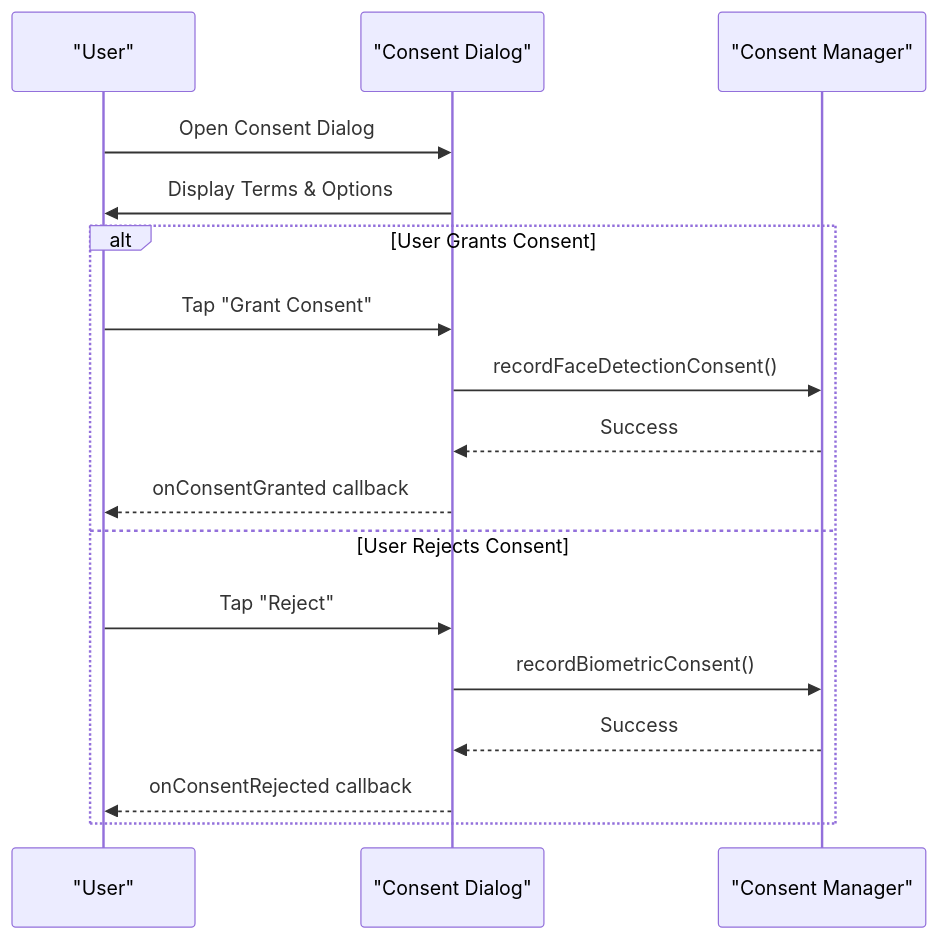
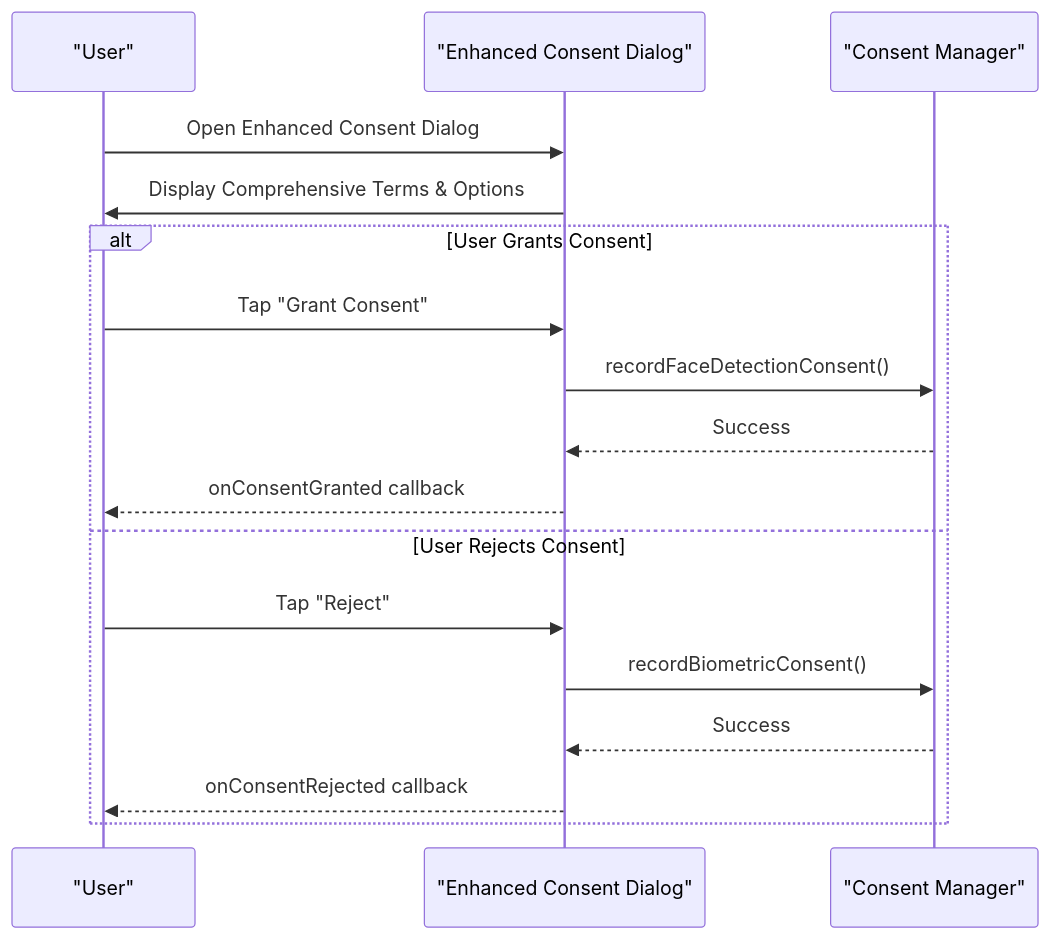
The tenth of 13 diagrams in .qoder/repowiki/en/content/Testing Strategy.md (JAaron93/StyleSync), drawn with Mermaid before and after one commit. The commit also changed other lines of this file and 36 other files, not shown here.

````diff
--- a/.qoder/repowiki/en/content/Testing Strategy.md
+++ b/.qoder/repowiki/en/content/Testing Strategy.md
@@ -397,19 +447,19 @@
 ```mermaid
 sequenceDiagram
 participant U as "User"
-participant D as "Consent Dialog"
+participant D as "Enhanced Consent Dialog"
 participant M as "Consent Manager"
-U->>D : Open Consent Dialog
-D->>U : Display Terms & Options
+U->>D : Open Enhanced Consent Dialog
+D->>U : Display Comprehensive Terms & Options
 alt User Grants Consent
 U->>D : Tap "Grant Consent"
 D->>M : recordFaceDetectionConsent()
 M-->>D : Success
 D-->>U : onConsentGranted callback
 else User Rejects Consent
 U->>D : Tap "Reject"
 D->>M : recordBiometricConsent()
 M-->>D : Success
 D-->>U : onConsentRejected callback
 end
 ```
````
